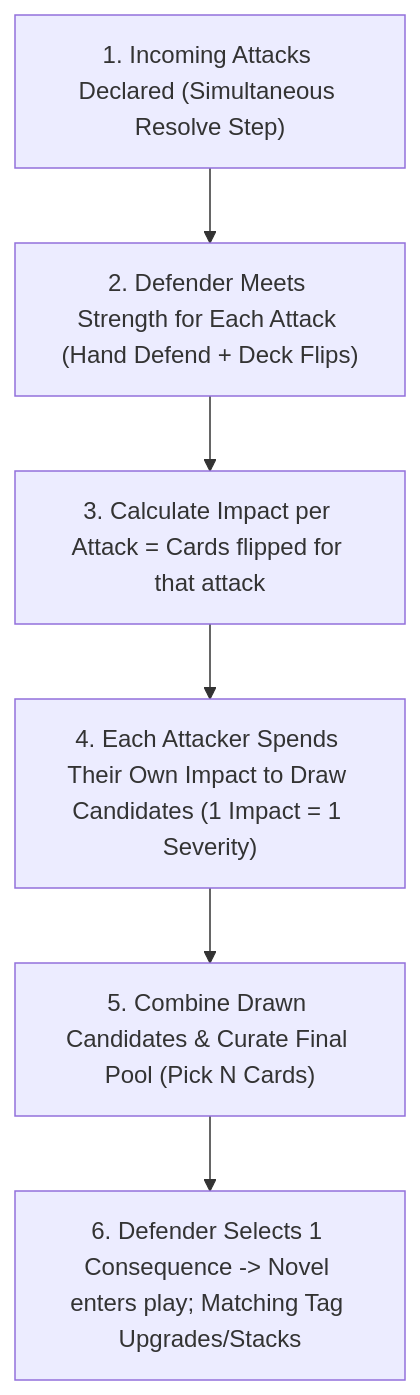
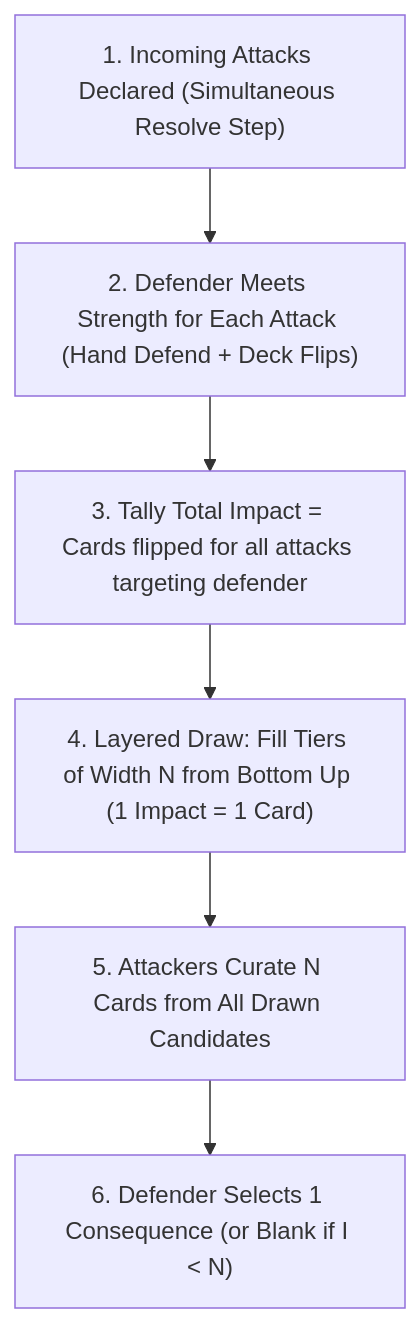
The diagram in design/iteration/consequence-pool-tag-escalation/README.md (tdimiduk/cardpg), drawn with Mermaid before and after one commit. The commit also changed other lines of this file and 8 other files, not shown here.

Commit message:
Fix integer partitioning issue in consequence proposal

````diff
--- a/design/iteration/consequence-pool-tag-escalation/README.md
+++ b/design/iteration/consequence-pool-tag-escalation/README.md
@@ -36,8 +36,8 @@
 ```mermaid
 flowchart TD
     A["1. Incoming Attacks Declared (Simultaneous Resolve Step)"] --> B["2. Defender Meets Strength for Each Attack (Hand Defend + Deck Flips)"]
-    B --> C["3. Calculate Impact per Attack = Cards flipped for that attack"]
-    C --> D["4. Each Attacker Spends Their Own Impact to Draw Candidates (1 Impact = 1 Severity)"]
-    D --> E["5. Combine Drawn Candidates & Curate Final Pool (Pick N Cards)"]
-    E --> F["6. Defender Selects 1 Consequence -> Novel enters play; Matching Tag Upgrades/Stacks"]
+    B --> C["3. Tally Total Impact = Cards flipped for all attacks targeting defender"]
+    C --> D["4. Layered Draw: Fill Tiers of Width N from Bottom Up (1 Impact = 1 Card)"]
+    D --> E["5. Attackers Curate N Cards from All Drawn Candidates"]
+    E --> F["6. Defender Selects 1 Consequence (or Blank if I < N)"]
 ```
````
